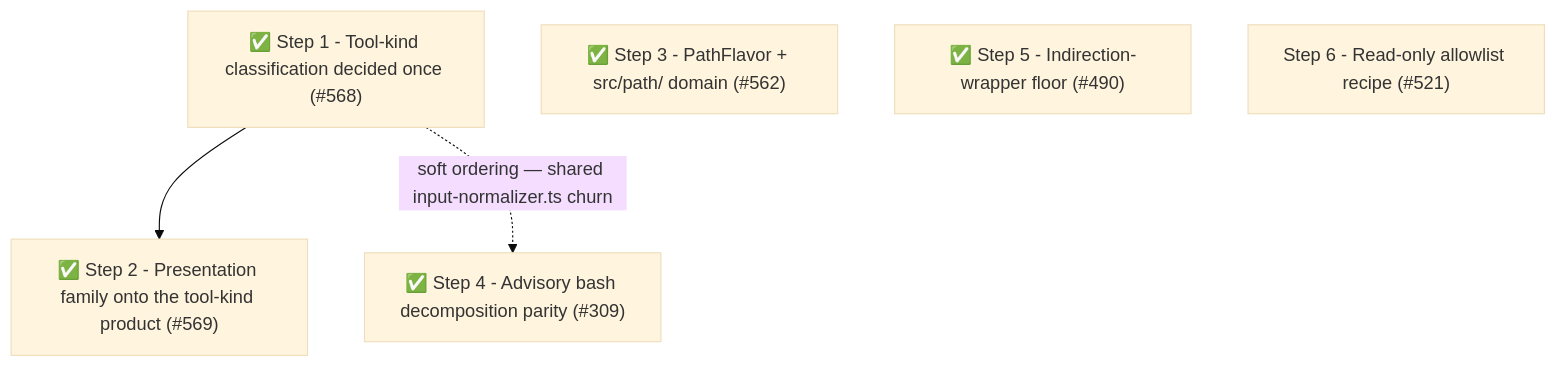
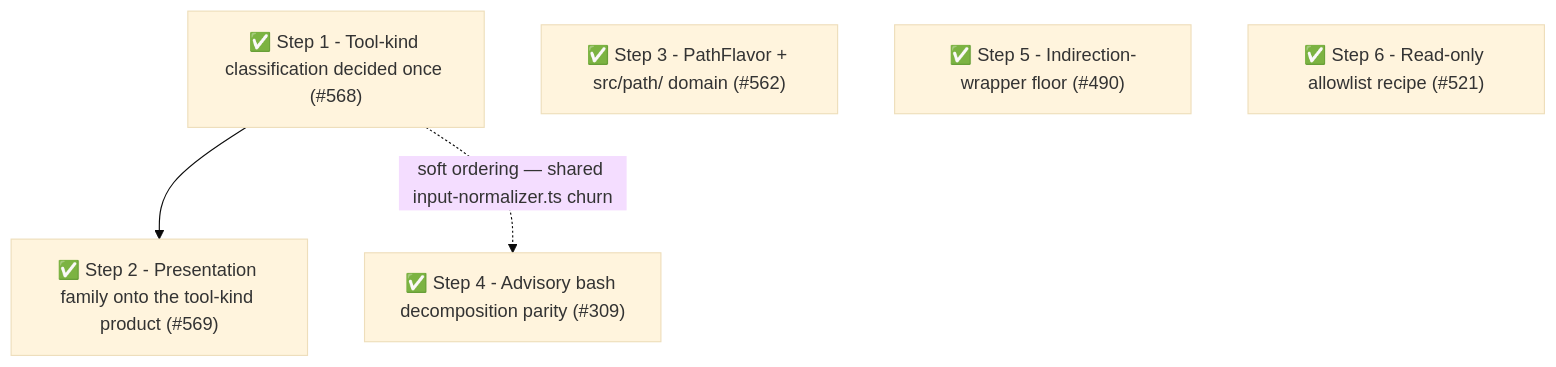
The fourth of 4 diagrams in packages/pi-permission-system/docs/architecture/architecture.md (whaoa/forked-gotgenes-pi-packages), drawn with Mermaid (base theme) before and after one commit. The commit also changed other lines of this file and 1 other file, not shown here.

Commit message:
docs(pi-permission-system): add read-only bash command allowlist recipe (#521)

````diff
--- a/packages/pi-permission-system/docs/architecture/architecture.md
+++ b/packages/pi-permission-system/docs/architecture/architecture.md
@@ -979,8 +981,8 @@
 ```mermaid
 flowchart TD
     S1["✅ Step 1 - Tool-kind classification decided once (#568)"] --> S2["✅ Step 2 - Presentation family onto the tool-kind product (#569)"]
     S1 -.->|"soft ordering — shared input-normalizer.ts churn"| S4["✅ Step 4 - Advisory bash decomposition parity (#309)"]
     S3["✅ Step 3 - PathFlavor + src/path/ domain (#562)"]
     S5["✅ Step 5 - Indirection-wrapper floor (#490)"]
-    S6["Step 6 - Read-only allowlist recipe (#521)"]
+    S6["✅ Step 6 - Read-only allowlist recipe (#521)"]
 ```
````
